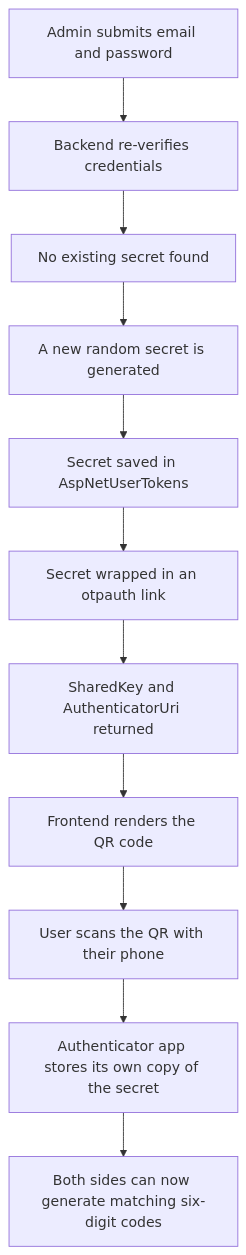
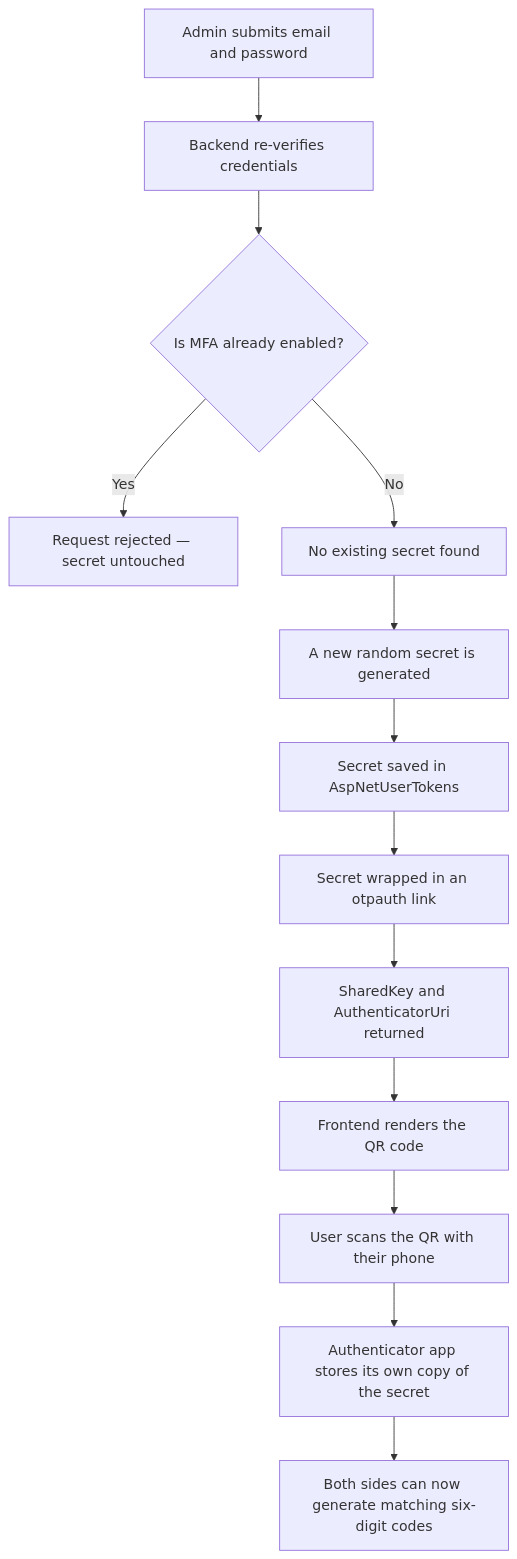
The fourth of 15 diagrams in 0054_LiliShop-Security-02-MFA.md (jahanalem/LinkedIn2GitHub), drawn with Mermaid before and after one commit. The commit also changed other lines of this file, not shown here.

````diff
--- a/0054_LiliShop-Security-02-MFA.md
+++ b/0054_LiliShop-Security-02-MFA.md
@@ -447,13 +552,15 @@
 ```mermaid
 flowchart TD
     A["Admin submits email and password"] --> B["Backend re-verifies credentials"]
-    B --> C["No existing secret found"]
+    B --> Z{"Is MFA already enabled?"}
+    Z -->|"Yes"| R["Request rejected — secret untouched"]
+    Z -->|"No"| C["No existing secret found"]
     C --> D["A new random secret is generated"]
     D --> E["Secret saved in AspNetUserTokens"]
     E --> F["Secret wrapped in an otpauth link"]
     F --> G["SharedKey and AuthenticatorUri returned"]
     G --> H["Frontend renders the QR code"]
     H --> I["User scans the QR with their phone"]
     I --> J["Authenticator app stores its own copy of the secret"]
     J --> K["Both sides can now generate matching six-digit codes"]
 ```
````
